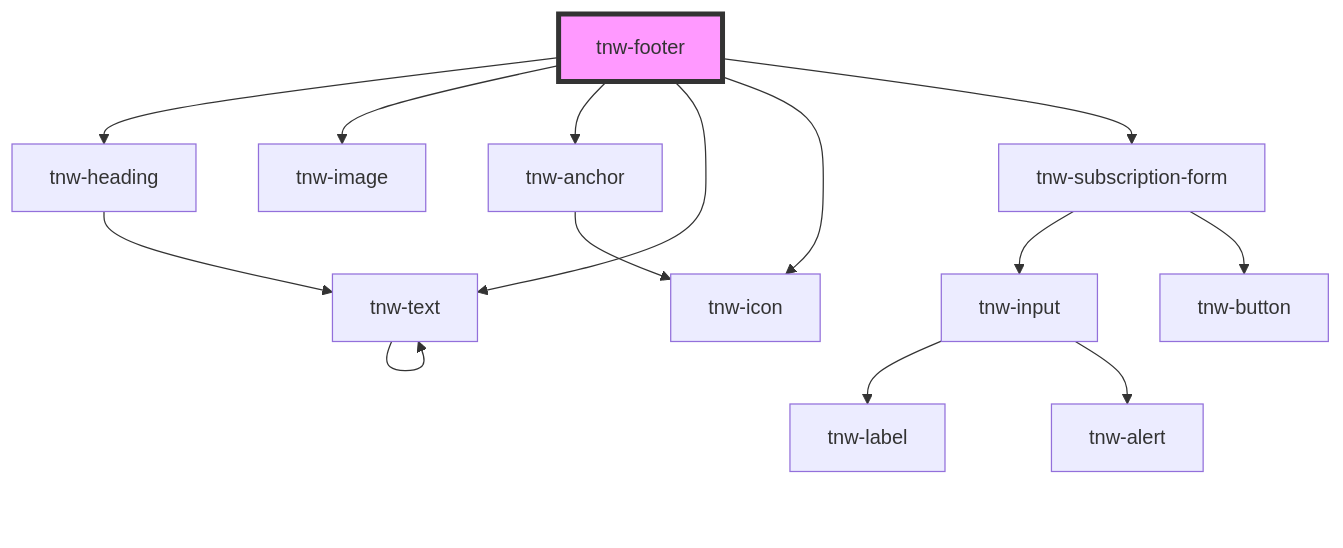
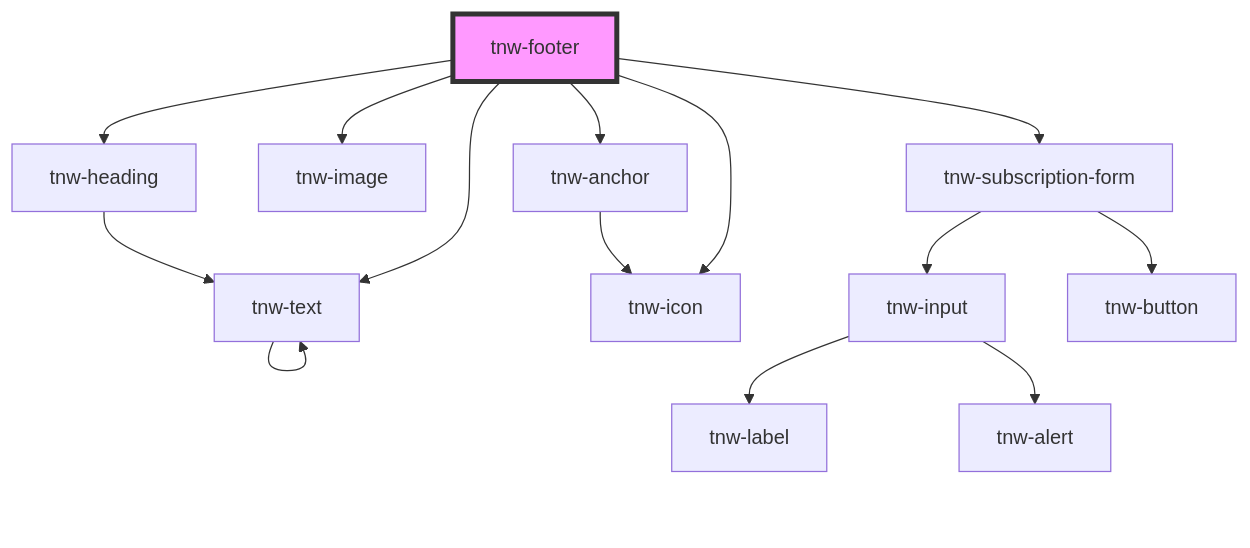
One commit to technway/technway-component-library changed the diagram in packages/stencil-library/src/components/tnw-footer/readme.md. Above: the diagram before and after it, drawn with Mermaid. The commit also changed other lines of this file and 11 other files, not shown here.

````diff
--- a/packages/stencil-library/src/components/tnw-footer/readme.md
+++ b/packages/stencil-library/src/components/tnw-footer/readme.md
@@ -73,17 +74,17 @@
 ```mermaid
 graph TD;
   tnw-footer --> tnw-heading
   tnw-footer --> tnw-image
+  tnw-footer --> tnw-text
   tnw-footer --> tnw-anchor
-  tnw-footer --> tnw-text
   tnw-footer --> tnw-icon
   tnw-footer --> tnw-subscription-form
   tnw-heading --> tnw-text
   tnw-text --> tnw-text
   tnw-anchor --> tnw-icon
   tnw-subscription-form --> tnw-input
   tnw-subscription-form --> tnw-button
   tnw-input --> tnw-label
   tnw-input --> tnw-alert
   style tnw-footer fill:#f9f,stroke:#333,stroke-width:4px
 ```
````
